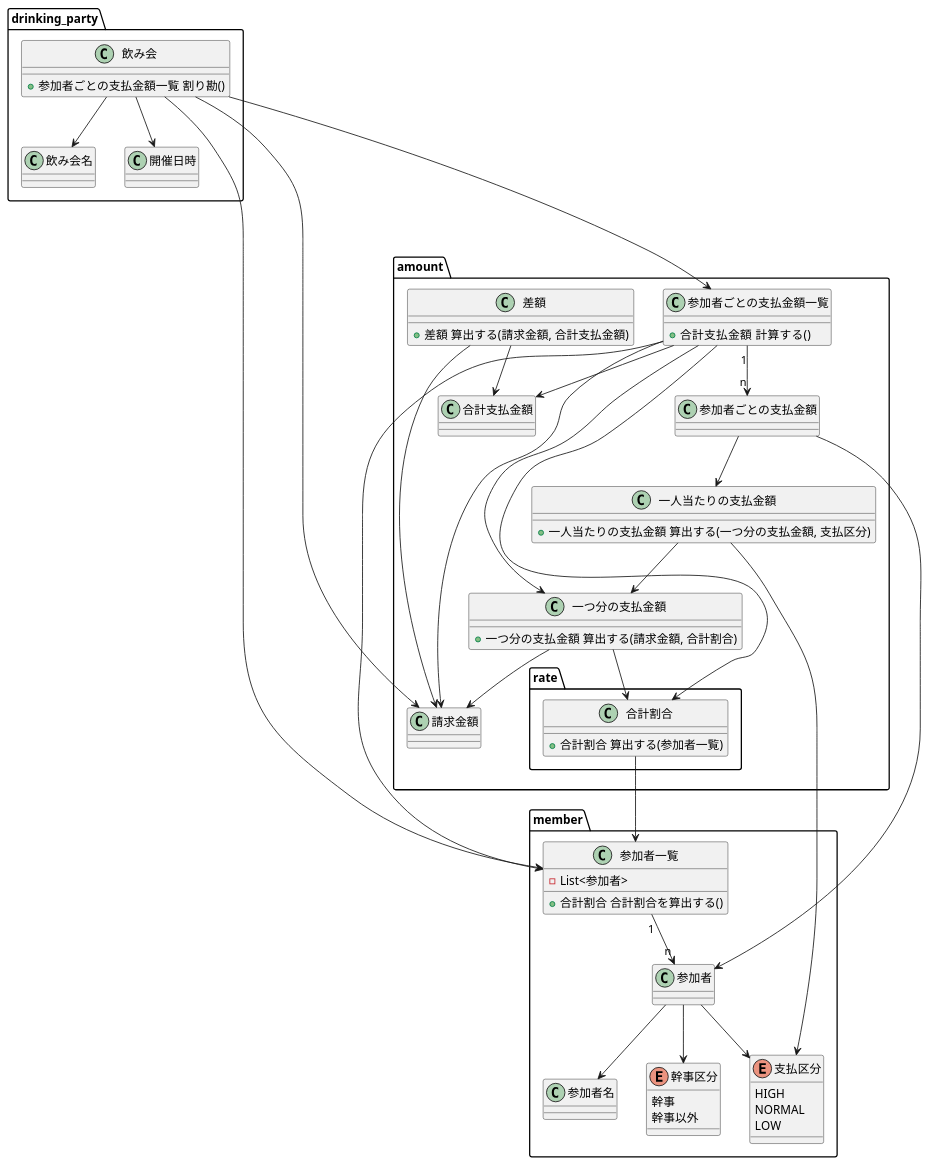
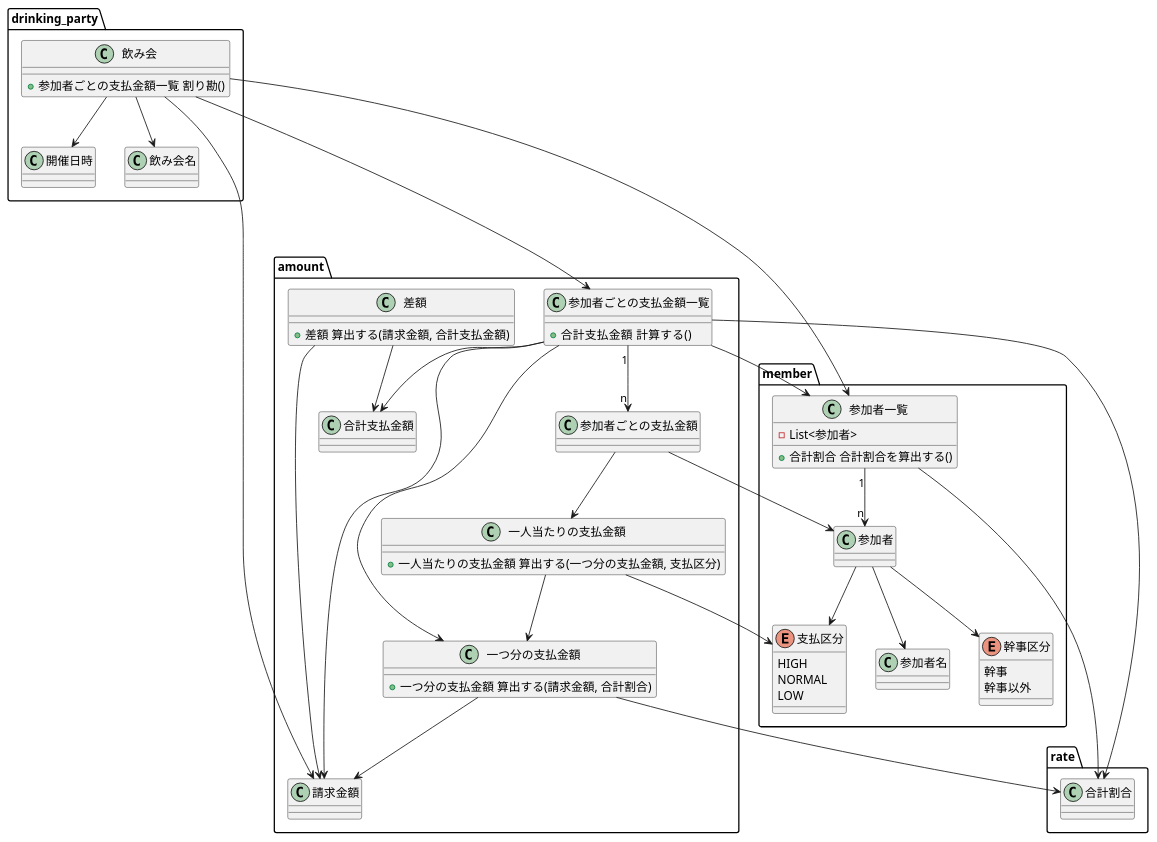
Before and after one commit to mmm00mmm/ddd-warikan: the diagram in doc/モデル３.puml, drawn with PlantUML.

Commit message:
割合を外出し

```diff
--- a/doc/モデル３.puml
+++ b/doc/モデル３.puml
@@ -1,91 +1,91 @@
 @startuml
 
 package drinking_party {
     class 飲み会 {
         + 参加者ごとの支払金額一覧 割り勘()
     }
     class 飲み会名 {
     }
     class 開催日時 {
     }
 
     飲み会 --> 飲み会名
     飲み会 --> 開催日時
 }
 
 package member {
     class 参加者一覧 {
         - List<参加者>
         + 合計割合 合計割合を算出する()
     }
     class 参加者名 {
     }
     enum 幹事区分 {
         幹事
         幹事以外
     }
     enum 支払区分 {
         HIGH
         NORMAL
         LOW
     }
 
     参加者一覧 "1" --> "n" 参加者
     参加者 --> 参加者名
     参加者 --> 幹事区分
     参加者 --> 支払区分
 }
 
+package rate {
+    class 合計割合 {
+    }
+}
+
 package amount {
     class 請求金額 {
     }
     class 一つ分の支払金額 {
         + 一つ分の支払金額 算出する(請求金額, 合計割合)
     }
     class 一人当たりの支払金額 {
         + 一人当たりの支払金額 算出する(一つ分の支払金額, 支払区分)
-    }
-    package rate {
-        class 合計割合 {
-            + 合計割合 算出する(参加者一覧)
-        }
     }
     class 参加者ごとの支払金額 {
     }
     class 参加者ごとの支払金額一覧 {
         + 合計支払金額  計算する()
     }
     class 合計支払金額 {
     }
     class 差額 {
         + 差額 算出する(請求金額, 合計支払金額)
     }
 
     一つ分の支払金額 --> 請求金額
     参加者ごとの支払金額 --> 一人当たりの支払金額
     参加者ごとの支払金額一覧 "1" --> "n" 参加者ごとの支払金額
     参加者ごとの支払金額一覧 --> 合計支払金額
     差額 --> 請求金額
     差額 --> 合計支払金額
 }
 
 飲み会 --> 請求金額
 飲み会 ----> 参加者ごとの支払金額一覧
 飲み会 --> 参加者一覧
 
 一つ分の支払金額 --> 合計割合
-合計割合 --> 参加者一覧
+参加者一覧 --> 合計割合
 
 参加者ごとの支払金額一覧 --> 参加者一覧
 参加者ごとの支払金額一覧 --> 請求金額
 参加者ごとの支払金額一覧 --> 一つ分の支払金額
 参加者ごとの支払金額一覧 --> 合計割合
 
 
 
 一人当たりの支払金額 --> 一つ分の支払金額
 一人当たりの支払金額 --> 支払区分
 
 参加者ごとの支払金額 --> 参加者
 
 @enduml
```
